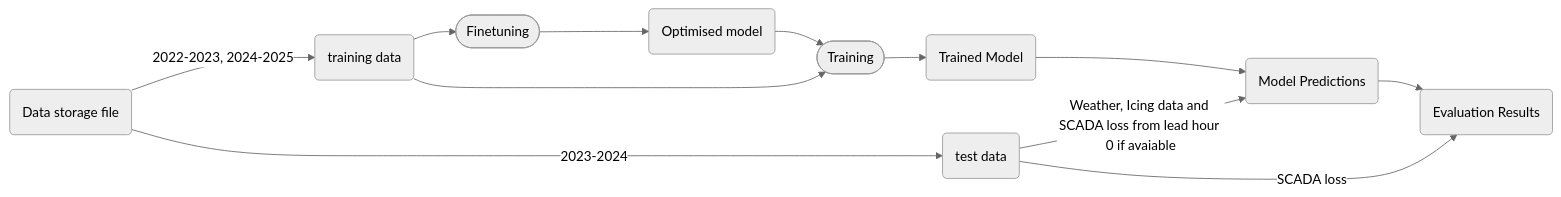
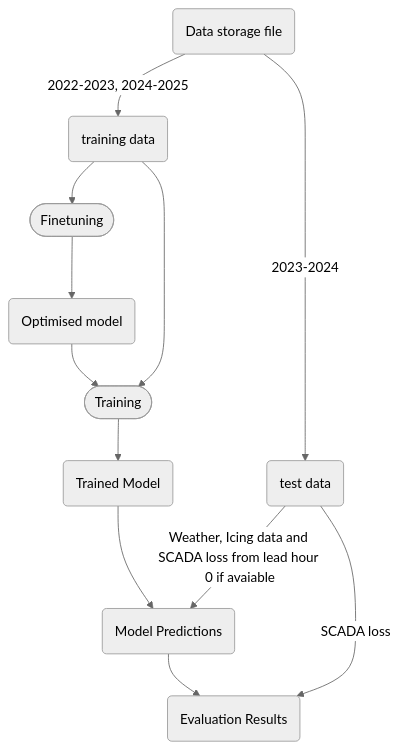
One commit to markusrupp/icing_flowshart changed the second of 2 diagrams in README.md. Above: the diagram before and after it, drawn with Mermaid (neutral theme).

````diff
--- a/README.md
+++ b/README.md
@@ -34,14 +34,14 @@
 ```mermaid
-flowchart LR
+flowchart TD
     DSF(Data storage file) -->|2022-2023, 2024-2025| TrD(training data)
     DSF -->|2023-2024| TeD(test data)
     TrD --> FT([Finetuning])
     FT --> OM(Optimised model)
     OM --> TR([Training])
     TrD --> TR([Training])
     TR --> TM(Trained Model)
     TeD --> |Weather, Icing data and SCADA loss from lead hour 0 if avaiable| MoPr(Model Predictions)
     TM --> MoPr
     MoPr --> EvR(Evaluation Results)
     TeD --> |SCADA loss| EvR
 ```
````
